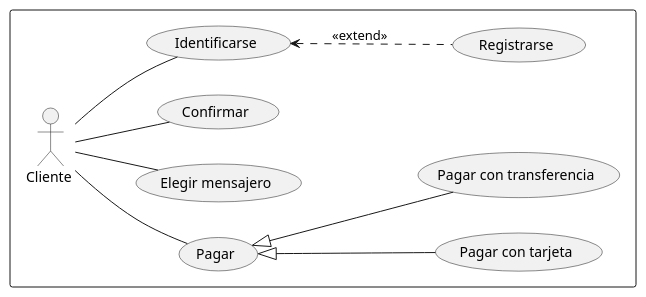
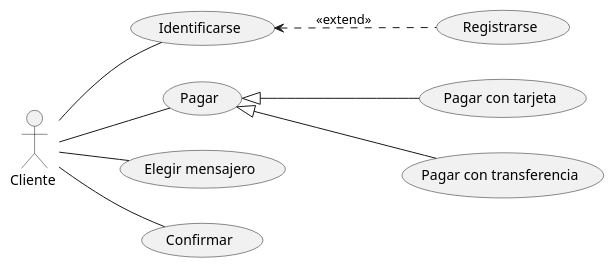
The diagram in src/CasosDeUso/TiendaEnInternet.puml (M-pozo/UMLCasosDeUso_MiguelPozo), drawn with PlantUML before and after one commit. The commit also changed 1 other file, not shown here.

```diff
--- a/src/CasosDeUso/TiendaEnInternet.puml
+++ b/src/CasosDeUso/TiendaEnInternet.puml
@@ -1,28 +1,21 @@
 @startuml
+left to right direction
 
+:Cliente : as c
 
-left to right direction
-rectangle  {
-  :Cliente : as c
-
-  usecase "Pagar" as UC2
-  usecase "Elegir mensajero" as UC3
-  usecase "Confirmar" as UC4
-  usecase "Registrarse" as UC5
-  usecase "Pagar con tarjeta" as UC6
-  usecase "Pagar con transferencia" as UC7
-  usecase "Identificarse" as UC1
-
-}
-
-
-
+usecase "Identificarse" as UC1
+usecase "Pagar" as UC2
+usecase "Elegir mensajero" as UC3
+usecase "Confirmar" as UC4
+usecase "Registrarse" as UC5
+usecase "Pagar con tarjeta" as UC6
+usecase "Pagar con transferencia" as UC7
 
 c -- UC1
 c -- UC2
 c -- UC3
 c -- UC4
 UC1 <.. UC5 : <<extend>>
 UC2 <|-- UC6
 UC2 <|-- UC7
 @enduml
```
